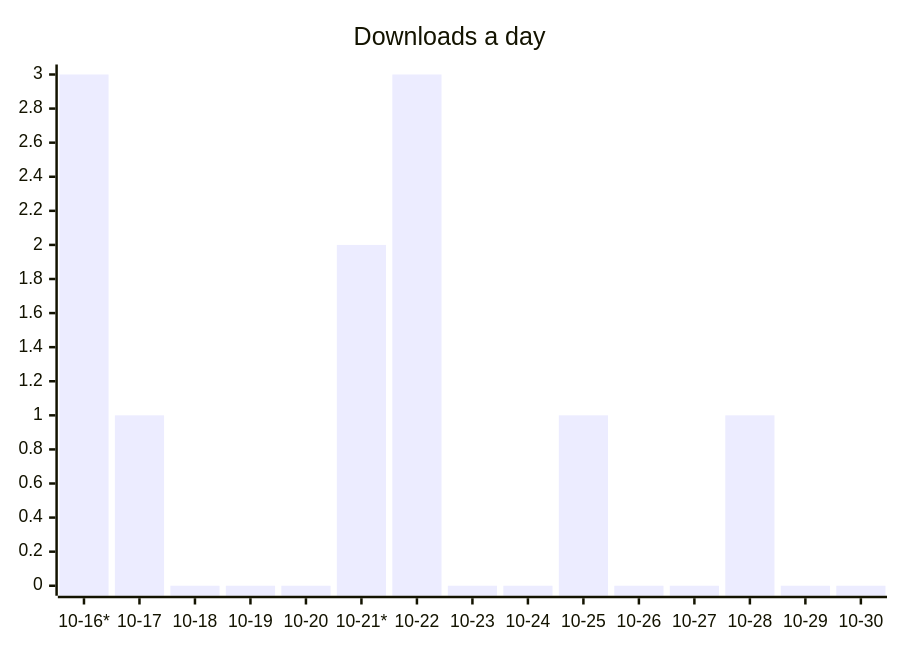
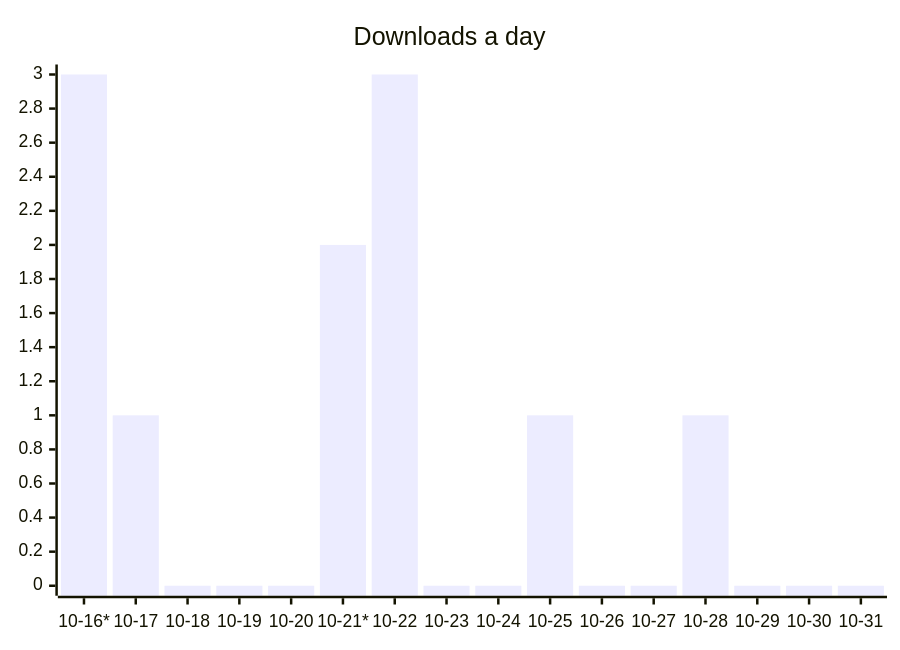
One commit to ArtemkaGoldMan/ContextSwitcher changed the first of 3 diagrams in README.md. Above: the diagram before and after it, drawn with Mermaid. The commit also changed other lines of this file and 6 other files, not shown here.

````diff
--- a/README.md
+++ b/README.md
@@ -30,6 +30,6 @@
 ```mermaid
 xychart-beta
     title "Downloads a day"
-    x-axis ["10-16*", "10-17", "10-18", "10-19", "10-20", "10-21*", "10-22", "10-23", "10-24", "10-25", "10-26", "10-27", "10-28", "10-29", "10-30"]
-    bar [3, 1, 0, 0, 0, 2, 3, 0, 0, 1, 0, 0, 1, 0, 0]
+    x-axis ["10-16*", "10-17", "10-18", "10-19", "10-20", "10-21*", "10-22", "10-23", "10-24", "10-25", "10-26", "10-27", "10-28", "10-29", "10-30", "10-31"]
+    bar [3, 1, 0, 0, 0, 2, 3, 0, 0, 1, 0, 0, 1, 0, 0, 0]
 ```
````
